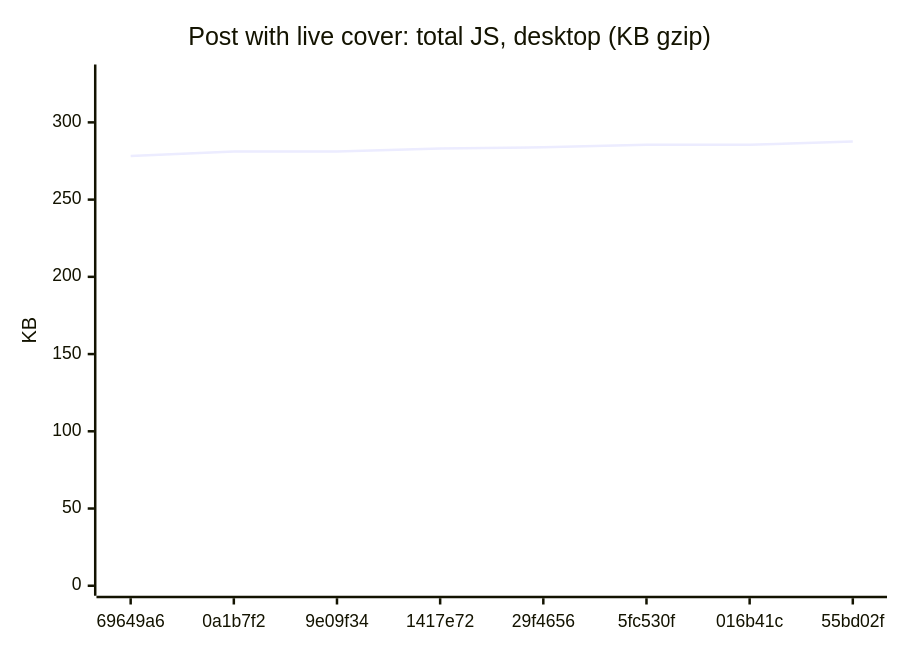
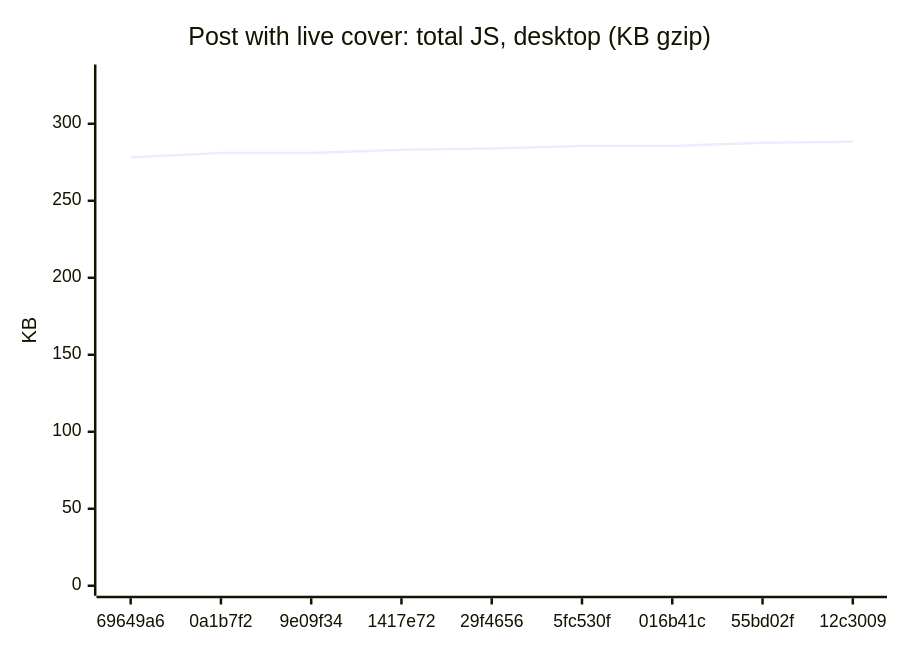
Before and after one commit to AxelUser/maltsev.space: diagram 13 of 18 in README.md, drawn with Mermaid. The commit also changed other lines of this file and 1 other file, not shown here.

````diff
--- a/README.md
+++ b/README.md
@@ -143,7 +143,7 @@
 ```mermaid
 xychart-beta
   title "Post with live cover: total JS, desktop (KB gzip)"
-  x-axis ["69649a6", "0a1b7f2", "9e09f34", "1417e72", "29f4656", "5fc530f", "016b41c", "55bd02f"]
-  y-axis "KB" 0 --> 331
-  line [278.3, 281.1, 281.1, 283.1, 283.9, 285.5, 285.5, 287.7]
+  x-axis ["69649a6", "0a1b7f2", "9e09f34", "1417e72", "29f4656", "5fc530f", "016b41c", "55bd02f", "12c3009"]
+  y-axis "KB" 0 --> 332
+  line [278.3, 281.1, 281.1, 283.1, 283.9, 285.5, 285.5, 287.7, 288.4]
 ```
````
